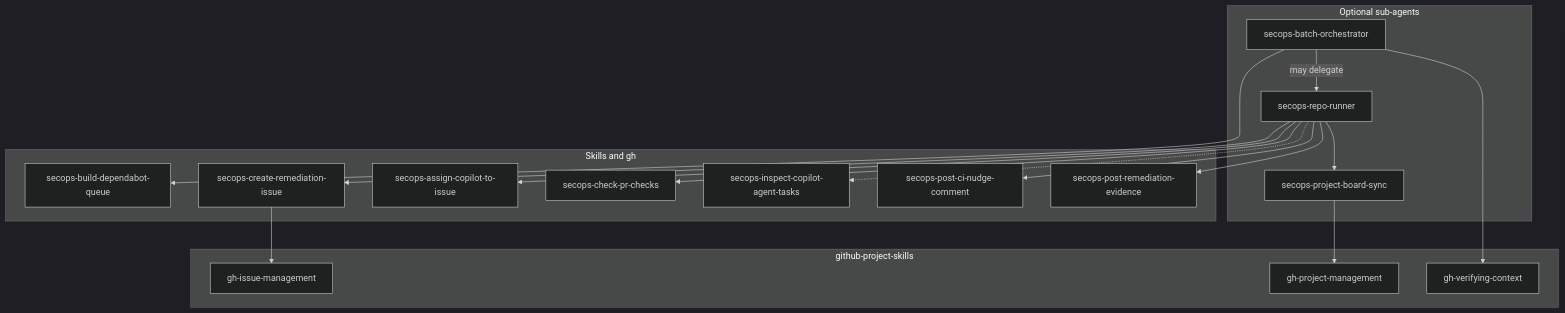
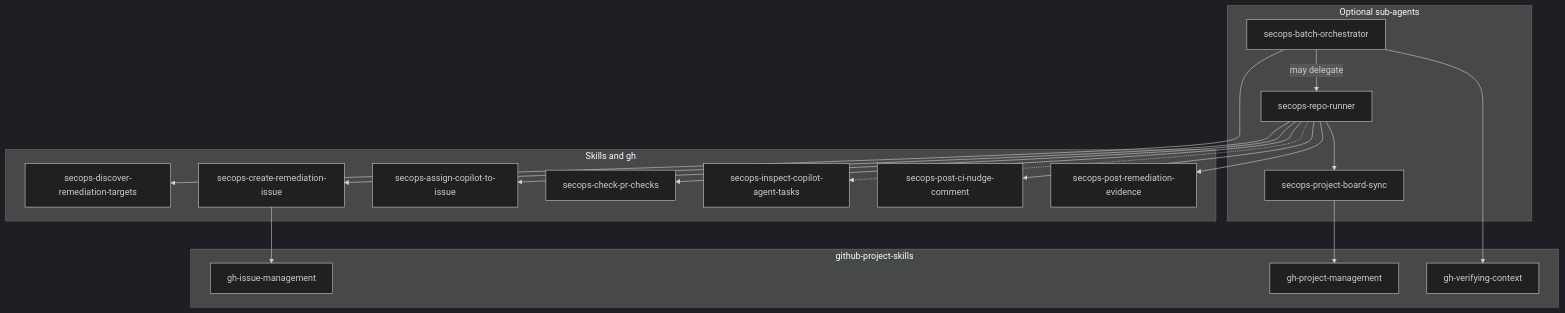
The fourth of 5 diagrams in docs/product_design.md (yu-iskw/github-secops-agent), drawn with Mermaid (dark theme) before and after one commit. The commit also changed other lines of this file and 53 other files, not shown here.

````diff
--- a/docs/product_design.md
+++ b/docs/product_design.md
@@ -188,34 +188,34 @@
 ```mermaid
 flowchart TB
   subgraph orchestration [Optional sub-agents]
     BO[secops-batch-orchestrator]
     RR[secops-repo-runner]
     PS[secops-project-board-sync]
     BO -->|may delegate| RR
   end
   subgraph skills [Skills and gh]
-    SD[secops-build-dependabot-queue]
+    SD[secops-discover-remediation-targets]
     SS[secops-create-remediation-issue]
     AC[secops-assign-copilot-to-issue]
     SC[secops-check-pr-checks]
     CAT[secops-inspect-copilot-agent-tasks]
     NG[secops-post-ci-nudge-comment]
     SE[secops-post-remediation-evidence]
   end
   subgraph plugin [github-project-skills]
     GPI[gh-issue-management]
     GPP[gh-project-management]
     GPV[gh-verifying-context]
   end
   BO --> SD
   RR --> SS
   RR --> AC
   RR --> SC
   RR -.-> CAT
   RR --> NG
   RR --> PS
   RR --> SE
   SS --> GPI
   PS --> GPP
   BO --> GPV
 ```
````
